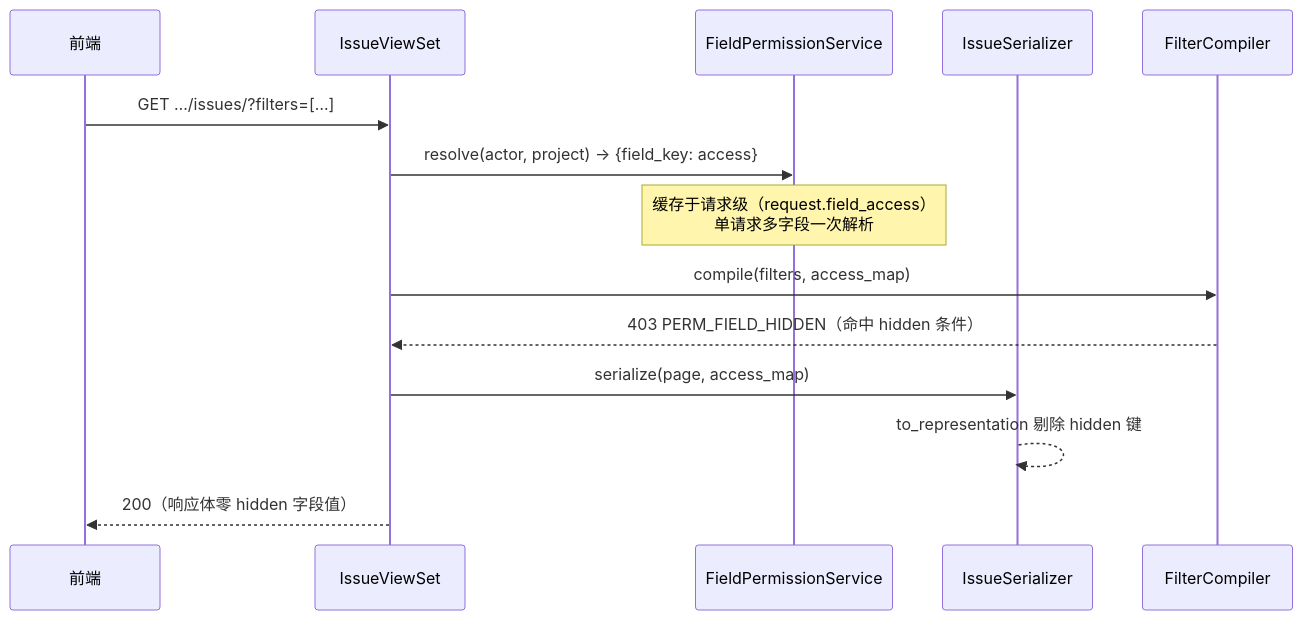
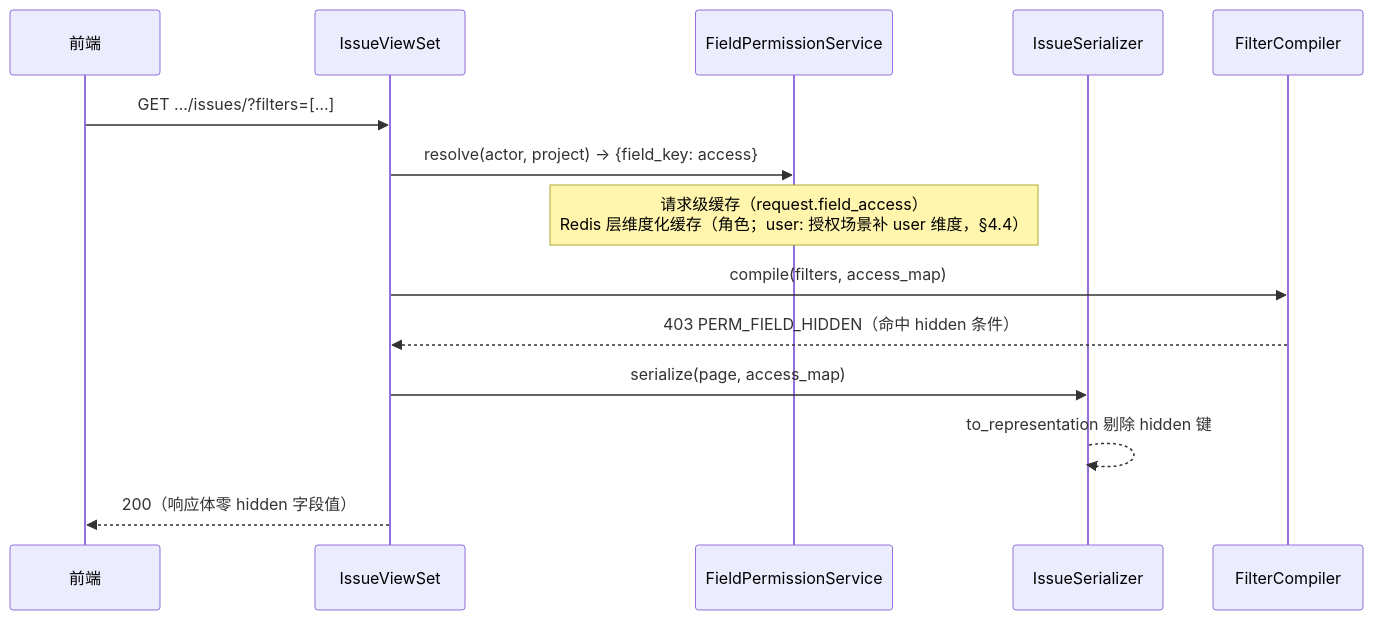
The second of 2 diagrams in docs/sprint-7-enterprise-workflow/TASK-012-advanced-fields.md (RabbitAI-Lab/RabbitProjects), drawn with Mermaid before and after one commit. The commit also changed other lines of this file and 9 other files, not shown here.

````diff
--- a/docs/sprint-7-enterprise-workflow/TASK-012-advanced-fields.md
+++ b/docs/sprint-7-enterprise-workflow/TASK-012-advanced-fields.md
@@ -134,16 +145,16 @@
 ```mermaid
 sequenceDiagram
     participant FE as 前端
     participant API as IssueViewSet
     participant PM as FieldPermissionService
     participant SER as IssueSerializer
     participant FC as FilterCompiler
     FE->>API: GET …/issues/?filters=[…]
     API->>PM: resolve(actor, project) → {field_key: access}
-    Note over PM: 缓存于请求级（request.field_access）<br/>单请求多字段一次解析
+    Note over PM: 请求级缓存（request.field_access）<br/>Redis 层维度化缓存（角色；user: 授权场景补 user 维度，§4.4）
     API->>FC: compile(filters, access_map)
     FC-->>API: 403 PERM_FIELD_HIDDEN（命中 hidden 条件）
     API->>SER: serialize(page, access_map)
     SER-->>SER: to_representation 剔除 hidden 键
     API-->>FE: 200（响应体零 hidden 字段值）
 ```
````
